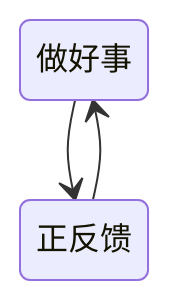
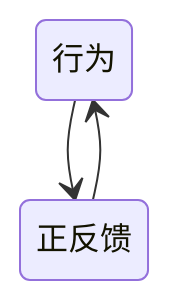
One commit to 0xcaffebabe/note changed the second of 3 diagrams in doc/个人成长/方法论.md. Above: the diagram before and after it, drawn with Mermaid. The commit also changed other lines of this file, not shown here.

````diff
--- a/doc/个人成长/方法论.md
+++ b/doc/个人成长/方法论.md
@@ -29,5 +194,5 @@
 ```mermaid
 stateDiagram-v2
-  做好事 --> 正反馈
-  正反馈 --> 做好事
+行为 --> 正反馈
+正反馈 --> 行为
 ```
````
